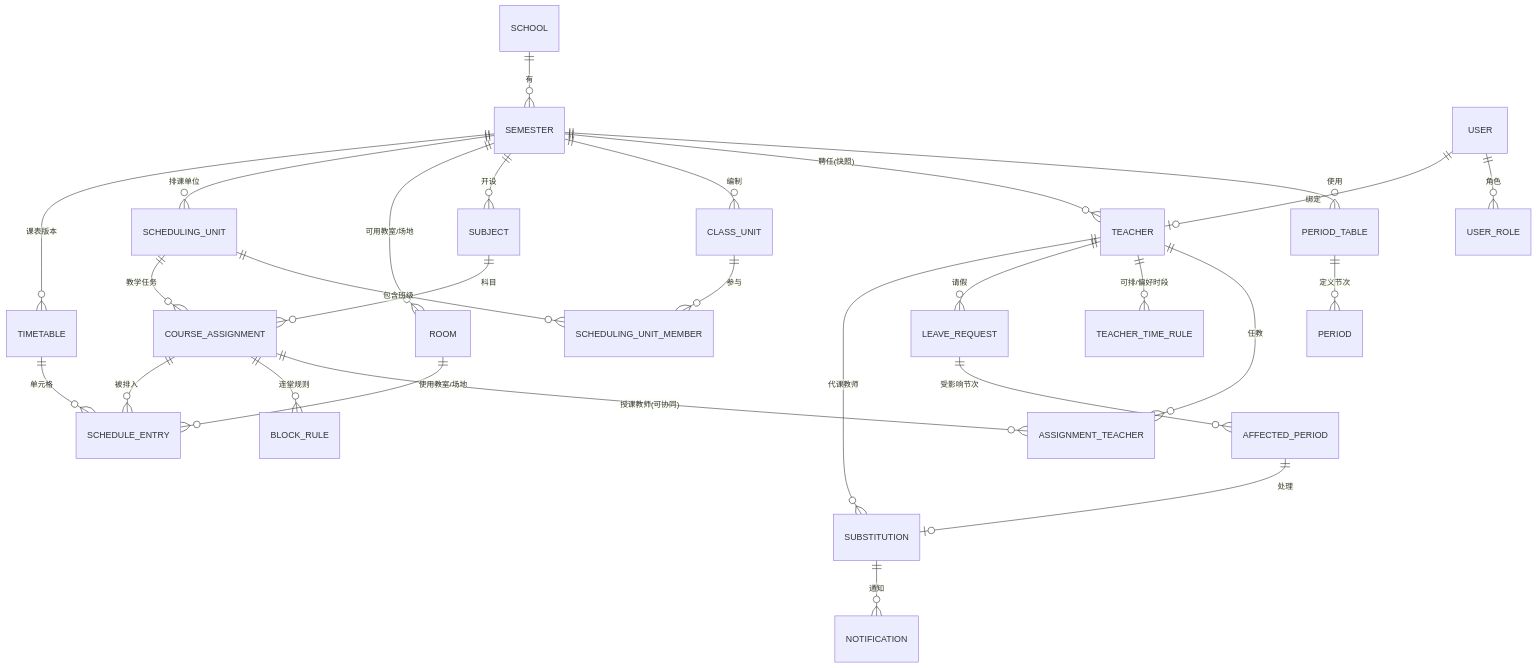
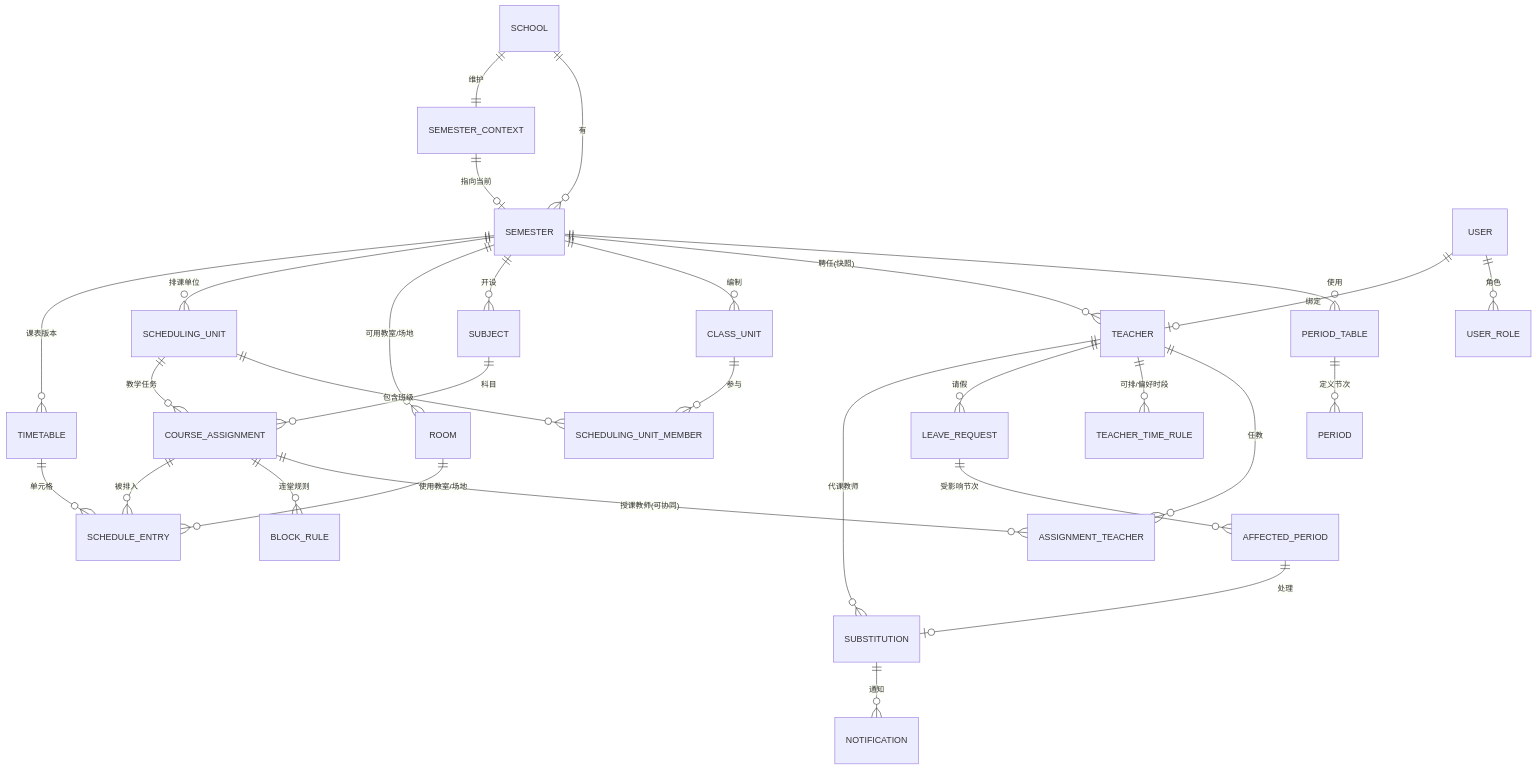
The first of 4 diagrams in docs/architecture.md (sine-io/Course_Scheduling_System), drawn with Mermaid before and after one commit. The commit also changed other lines of this file and 1 other file, not shown here.

Commit message:
docs: record current semester context architecture

````diff
--- a/docs/architecture.md
+++ b/docs/architecture.md
@@ -143,30 +143,32 @@
 ```mermaid
 erDiagram
     SCHOOL ||--o{ SEMESTER : "有"
+    SCHOOL ||--|| SEMESTER_CONTEXT : "维护"
+    SEMESTER_CONTEXT ||--o| SEMESTER : "指向当前"
     SEMESTER ||--o{ PERIOD_TABLE : "使用"
     PERIOD_TABLE ||--o{ PERIOD : "定义节次"
     SEMESTER ||--o{ TEACHER : "聘任(快照)"
     SEMESTER ||--o{ CLASS_UNIT : "编制"
     SEMESTER ||--o{ SUBJECT : "开设"
     SEMESTER ||--o{ ROOM : "可用教室/场地"
     SEMESTER ||--o{ SCHEDULING_UNIT : "排课单位"
     CLASS_UNIT ||--o{ SCHEDULING_UNIT_MEMBER : "参与"
     SCHEDULING_UNIT ||--o{ SCHEDULING_UNIT_MEMBER : "包含班级"
     SCHEDULING_UNIT ||--o{ COURSE_ASSIGNMENT : "教学任务"
     SUBJECT ||--o{ COURSE_ASSIGNMENT : "科目"
     COURSE_ASSIGNMENT ||--o{ ASSIGNMENT_TEACHER : "授课教师(可协同)"
     TEACHER ||--o{ ASSIGNMENT_TEACHER : "任教"
     COURSE_ASSIGNMENT ||--o{ BLOCK_RULE : "连堂规则"
     TEACHER ||--o{ TEACHER_TIME_RULE : "可排/偏好时段"
     SEMESTER ||--o{ TIMETABLE : "课表版本"
     TIMETABLE ||--o{ SCHEDULE_ENTRY : "单元格"
     COURSE_ASSIGNMENT ||--o{ SCHEDULE_ENTRY : "被排入"
     ROOM ||--o{ SCHEDULE_ENTRY : "使用教室/场地"
     TEACHER ||--o{ LEAVE_REQUEST : "请假"
     LEAVE_REQUEST ||--o{ AFFECTED_PERIOD : "受影响节次"
     AFFECTED_PERIOD ||--o| SUBSTITUTION : "处理"
     TEACHER ||--o{ SUBSTITUTION : "代课教师"
     SUBSTITUTION ||--o{ NOTIFICATION : "通知"
     USER ||--o{ USER_ROLE : "角色"
     USER ||--o| TEACHER : "绑定"
 ```
````
